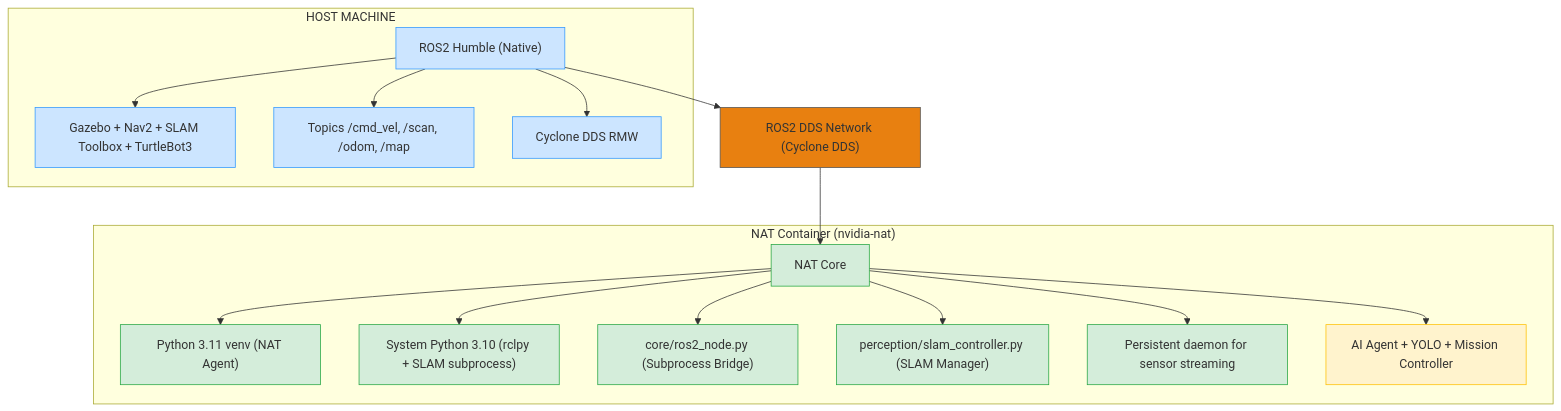
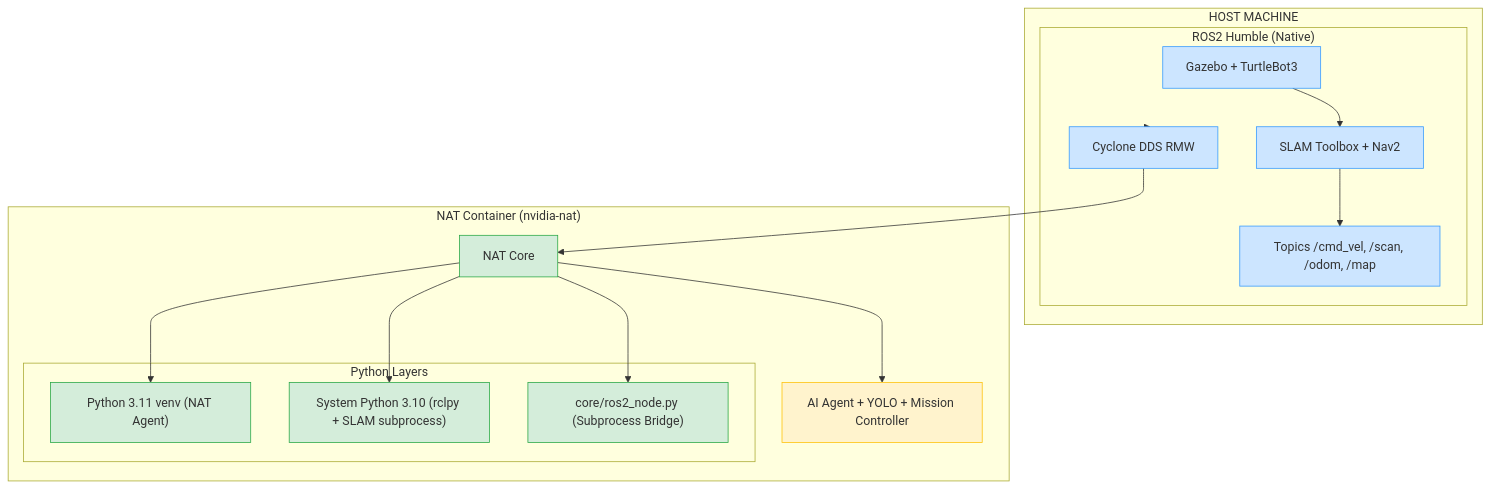
Before and after one commit to jerrynguy/final-project: the third of 3 diagrams in README.md, drawn with Mermaid. The commit also changed other lines of this file, not shown here.

Commit message:
update code

````diff
--- a/README.md
+++ b/README.md
@@ -213,38 +213,42 @@
 ```mermaid
 flowchart TD
-%% Class definitions for colors
+%% Class definitions
 classDef ros2 fill:#cce5ff,stroke:#3399ff,stroke-width:1px,color:#333;
 classDef nat fill:#d4edda,stroke:#28a745,stroke-width:1px,color:#333;
 classDef ai fill:#fff3cd,stroke:#ffc107,stroke-width:1px,color:#333;
 classDef edge fill:#e88010,stroke:#555,stroke-width:1px,color:#333;
 
-%% Subgraph Host Machine
+%% Host Machine
 subgraph Host["HOST MACHINE"]
-    ROS2Node["ROS2 Humble (Native)"]
-    class ROS2Node ros2
-    ROS2Node --> A1["Gazebo + Nav2 + SLAM Toolbox + TurtleBot3"]
-    ROS2Node --> A2["Topics /cmd_vel, /scan, /odom, /map"]
-    ROS2Node --> A3["Cyclone DDS RMW"]
-    class A1,A2,A3 ros2
+    subgraph ROS2Stack["ROS2 Humble (Native)"]
+        Gazebo["Gazebo + TurtleBot3"]
+        SLAM["SLAM Toolbox + Nav2"]
+        Topics["Topics /cmd_vel, /scan, /odom, /map"]
+        DDS["Cyclone DDS RMW"]
+    end
 end
+class ROS2Stack,Gazebo,SLAM,Topics,DDS ros2
 
-%% Subgraph NAT Container
+%% NAT Container
 subgraph NAT["NAT Container (nvidia-nat)"]
-    NATNode["NAT Core"]
-    class NATNode nat
-    NATNode --> B1["Python 3.11 venv (NAT Agent)"]
-    NATNode --> B2["System Python 3.10 (rclpy + SLAM subprocess)"]
-    NATNode --> B3["core/ros2_node.py (Subprocess Bridge)"]
-    NATNode --> B4["perception/slam_controller.py (SLAM Manager)"]
-    NATNode --> B5["Persistent daemon for sensor streaming"]
-    NATNode --> B6["AI Agent + YOLO + Mission Controller"]
-    class B1,B2,B3,B4,B5 nat
-    class B6 ai
+    NATCore["NAT Core"]
+    subgraph PythonStack["Python Layers"]
+        Py311["Python 3.11 venv (NAT Agent)"]
+        Py310["System Python 3.10 (rclpy + SLAM subprocess)"]
+        Bridge["core/ros2_node.py (Subprocess Bridge)"]
+    end
+    AI["AI Agent + YOLO + Mission Controller"]
 end
+class NATCore,Py311,Py310,Bridge nat
+class AI ai
 
-%% Edge with intermediate node for label
-DDS["ROS2 DDS Network (Cyclone DDS)"]
-class DDS ros2
-ROS2Node --> DDS --> NATNode
-class DDS edge
+%% Connections
+Gazebo --> SLAM
+SLAM --> Topics
+ROS2Stack --> DDS
+DDS --> NATCore
+NATCore --> Py311
+NATCore --> Py310
+NATCore --> Bridge
+NATCore --> AI
 ```
````
